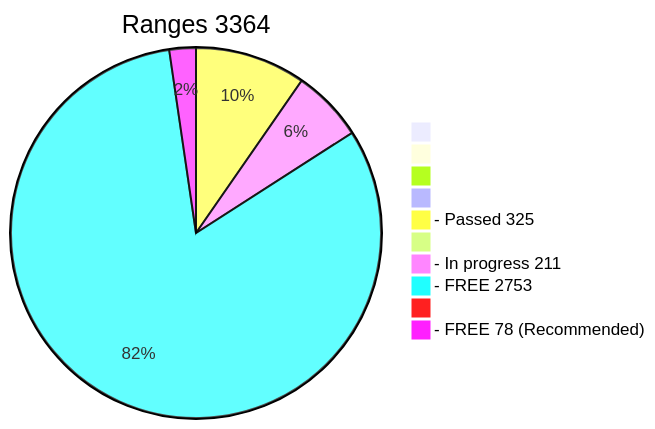
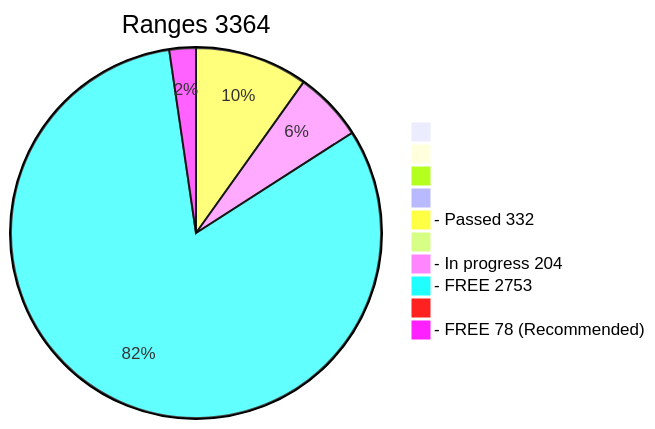
Before and after one commit to phrutis/wif500: the diagram in x64/Release/table.md, drawn with Mermaid. The commit also changed other lines of this file, not shown here.

````diff
--- a/x64/Release/table.md
+++ b/x64/Release/table.md
@@ -2,13 +2,13 @@
 ```mermaid
 pie title Ranges 3364
   " " : 0
   "  " : 0
   "   " : 0
   "    " : 0
-  "- Passed 325" : 325
+  "- Passed 332" : 332
   "     " : 0
-  "- In progress 211" : 211
+  "- In progress 204" : 204
   "- FREE 2753" : 2753
   "      " : 0
   "- FREE 78 (Recommended)" : 78
 ```
````
